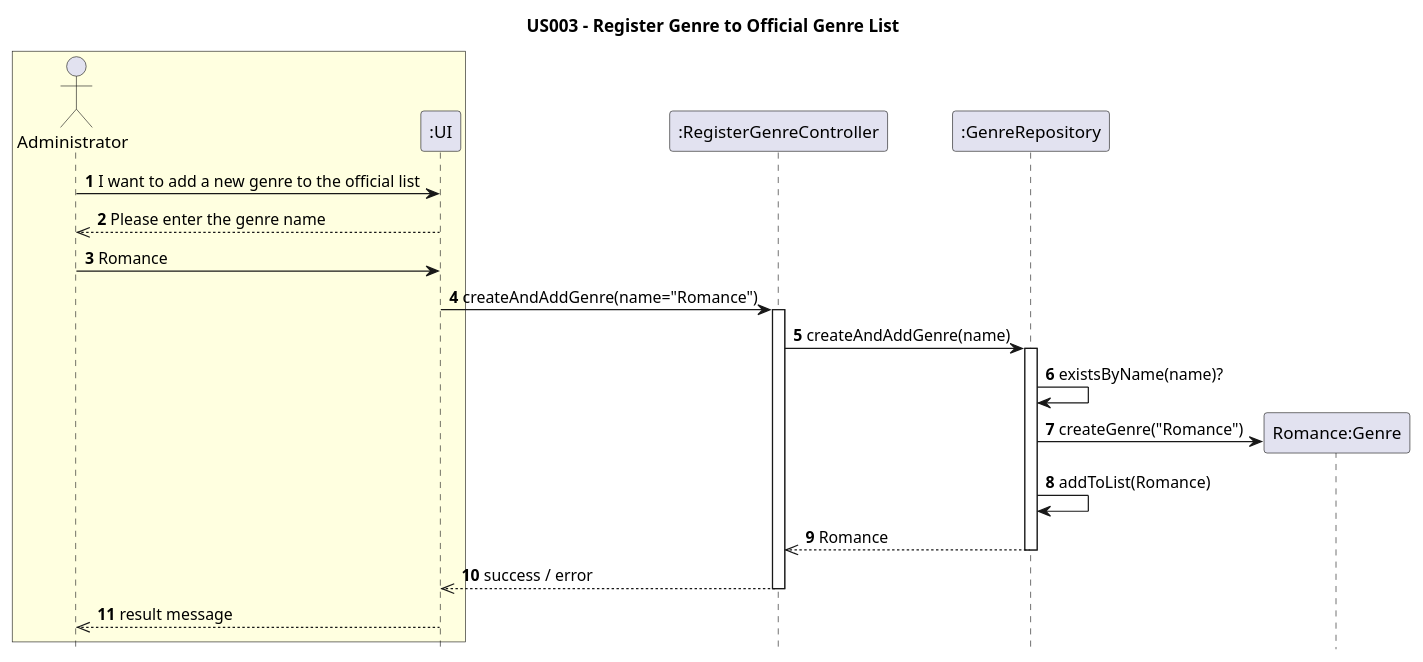
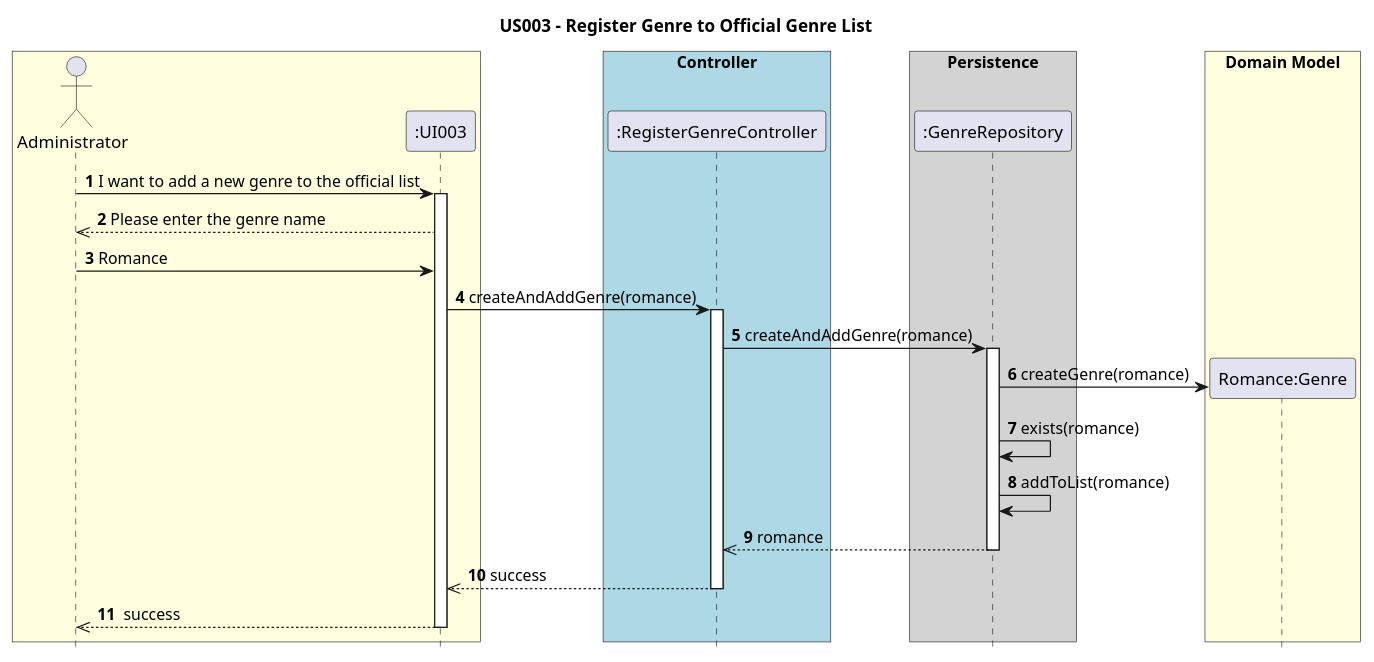
The diagram in Diagrams/SequenceDiagrams/N2/US003 -To-add-a-publication-genre-to-the-genre-list.puml (AndrePereiraGitH/SWitCH-Project-Team_A), drawn with PlantUML before and after one commit. The commit also changed 1 other file, not shown here.

Commit message:
Working on #78, #79, #80, #81. Fix UML diagrams for US003 and US005

```diff
--- a/Diagrams/SequenceDiagrams/N2/US003 -To-add-a-publication-genre-to-the-genre-list.puml
+++ b/Diagrams/SequenceDiagrams/N2/US003 -To-add-a-publication-genre-to-the-genre-list.puml
@@ -1,37 +1,51 @@
 @startuml
 hide footbox
 title US003 - Register Genre to Official Genre List
 
 box #Lightyellow
 actor Administrator
-participant ":UI" as UI
+participant ":UI003" as UI
 end box
 
+box "Controller" #LightBlue
 participant ":RegisterGenreController" as RegisterGenreController
+end box
+
+box "Persistence" #LightGrey
 participant ":GenreRepository" as GenreRepository
+end box
+
 
 Administrator -> UI : **1** I want to add a new genre to the official list
+
+activate UI
+
 UI -->> Administrator : **2** Please enter the genre name
 Administrator -> UI : **3** Romance
 
-UI -> RegisterGenreController : **4** createAndAddGenre(name="Romance")
+
+UI -> RegisterGenreController : **4** createAndAddGenre(romance)
 activate RegisterGenreController
 
-RegisterGenreController -> GenreRepository : **5** createAndAddGenre(name)
+RegisterGenreController -> GenreRepository : **5** createAndAddGenre(romance)
 activate GenreRepository
 
-GenreRepository -> GenreRepository : **6** existsByName(name)?
+box "Domain Model" #LightYellow
+  create "Romance:Genre" as Genre
+  end box
+  GenreRepository -> Genre : **6** createGenre(romance)
+  GenreRepository -> GenreRepository : **7** exists(romance)
 
-  create "Romance:Genre" as Genre
-  GenreRepository -> Genre : **7** createGenre("Romance")
-  GenreRepository -> GenreRepository : **8** addToList(Romance)
-  GenreRepository -->> RegisterGenreController : **9** Romance
+  GenreRepository -> GenreRepository : **8** addToList(romance)
+  GenreRepository -->> RegisterGenreController : **9** romance
 
 
 deactivate GenreRepository
 
-RegisterGenreController -->> UI : **10** success / error
+RegisterGenreController -->> UI : **10** success
 deactivate RegisterGenreController
 
-UI -->> Administrator : **11** result message
+UI -->> Administrator : **11**  success
+deactivate UI
+
 @enduml
```
